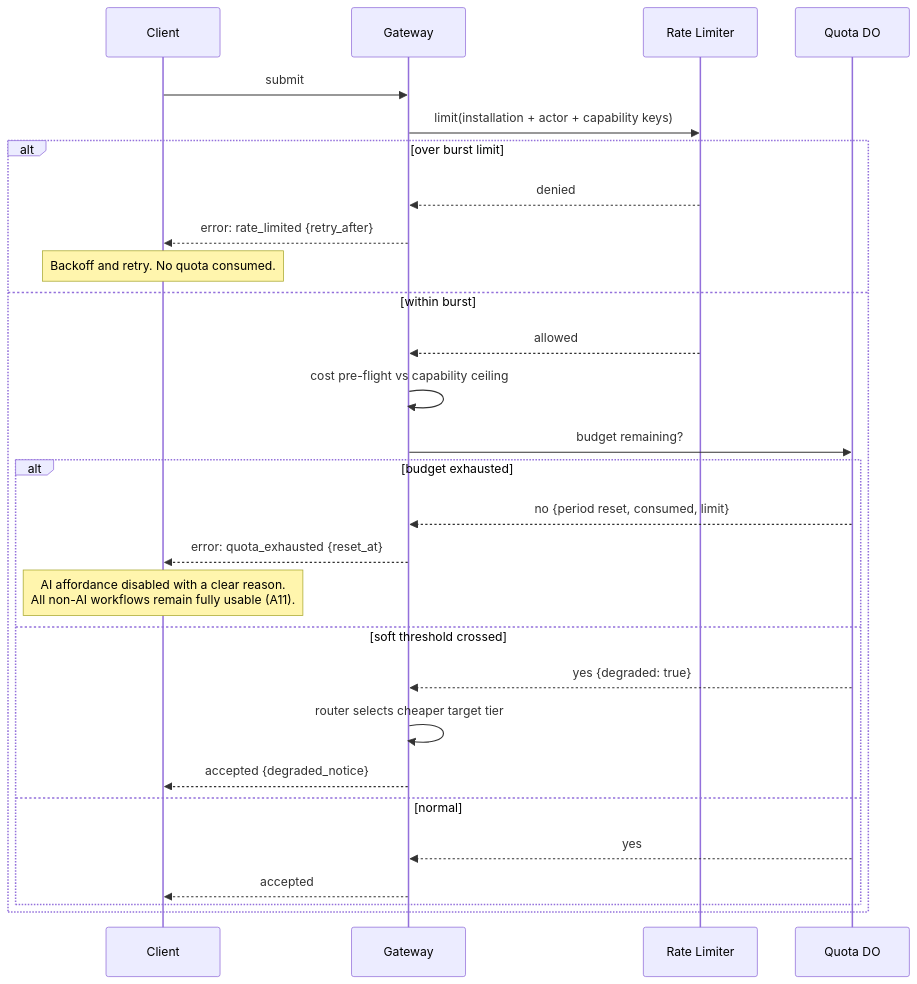
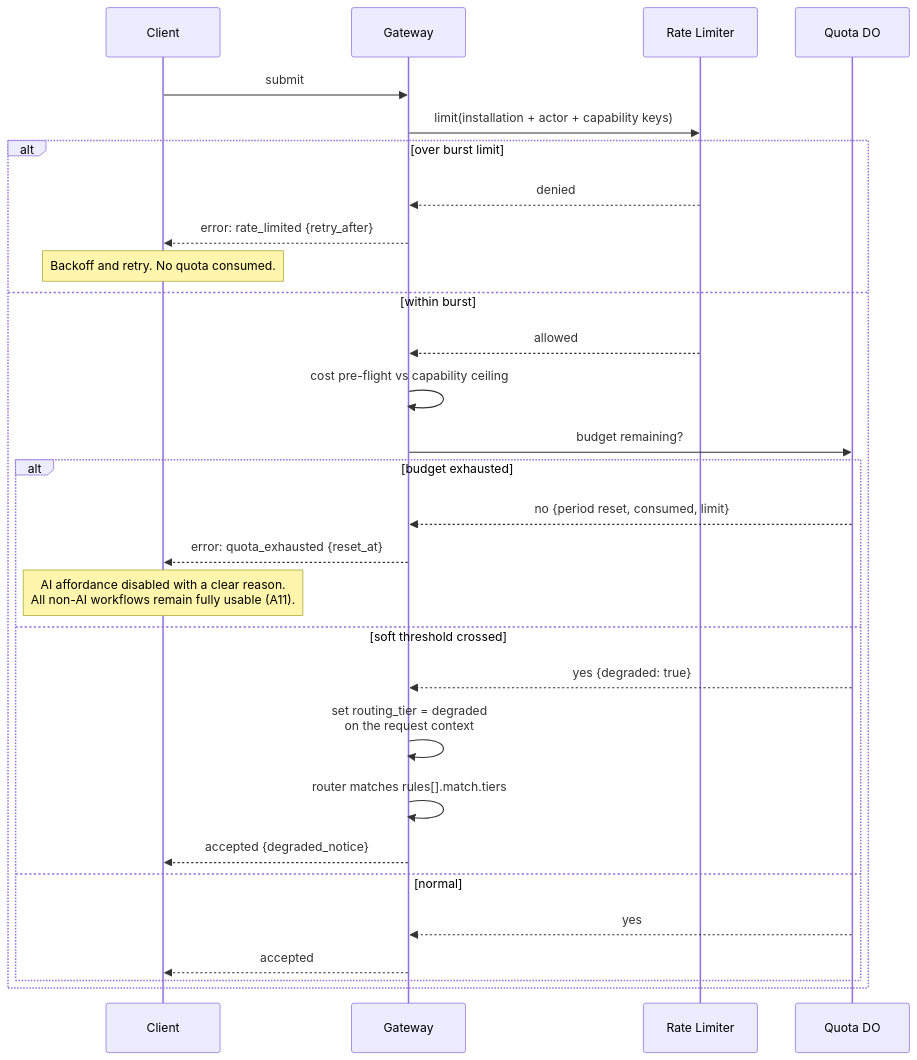
One commit to haythamosama95/AiClinic changed diagram 14 of 16 in docs/architecture/17-ai-platform.md. Above: the diagram before and after it, drawn with Mermaid. The commit also changed other lines of this file and 6 other files, not shown here.

````diff
--- a/docs/architecture/17-ai-platform.md
+++ b/docs/architecture/17-ai-platform.md
@@ -2418,31 +2467,32 @@
 ```mermaid
 sequenceDiagram
     participant C as Client
     participant GW as Gateway
     participant RL as Rate Limiter
     participant QDO as Quota DO
 
     C->>GW: submit
     GW->>RL: limit(installation + actor + capability keys)
     alt over burst limit
         RL-->>GW: denied
         GW-->>C: error: rate_limited {retry_after}
         Note over C: Backoff and retry. No quota consumed.
     else within burst
         RL-->>GW: allowed
         GW->>GW: cost pre-flight vs capability ceiling
         GW->>QDO: budget remaining?
         alt budget exhausted
             QDO-->>GW: no {period reset, consumed, limit}
             GW-->>C: error: quota_exhausted {reset_at}
             Note over C: AI affordance disabled with a clear reason.<br/>All non-AI workflows remain fully usable (A11).
         else soft threshold crossed
             QDO-->>GW: yes {degraded: true}
-            GW->>GW: router selects cheaper target tier
+            GW->>GW: set routing_tier = degraded<br/>on the request context
+            GW->>GW: router matches rules[].match.tiers
             GW-->>C: accepted {degraded_notice}
         else normal
             QDO-->>GW: yes
             GW-->>C: accepted
         end
     end
 ```
````
